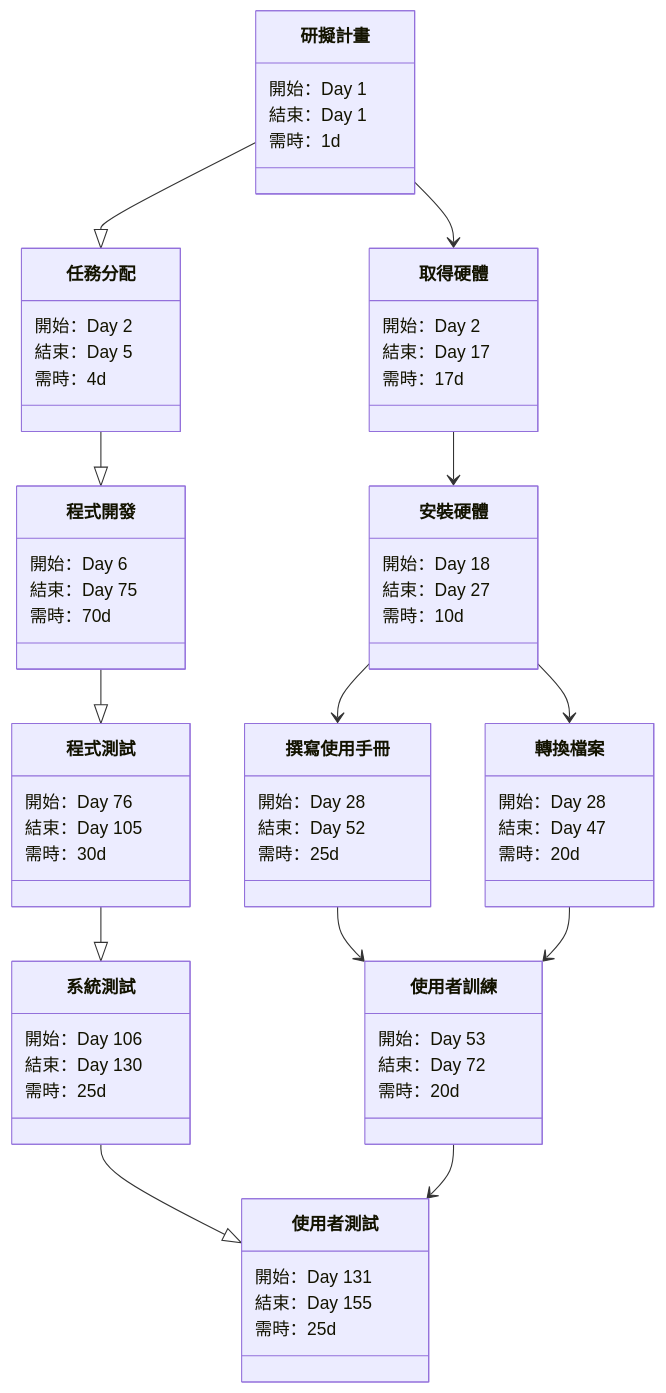
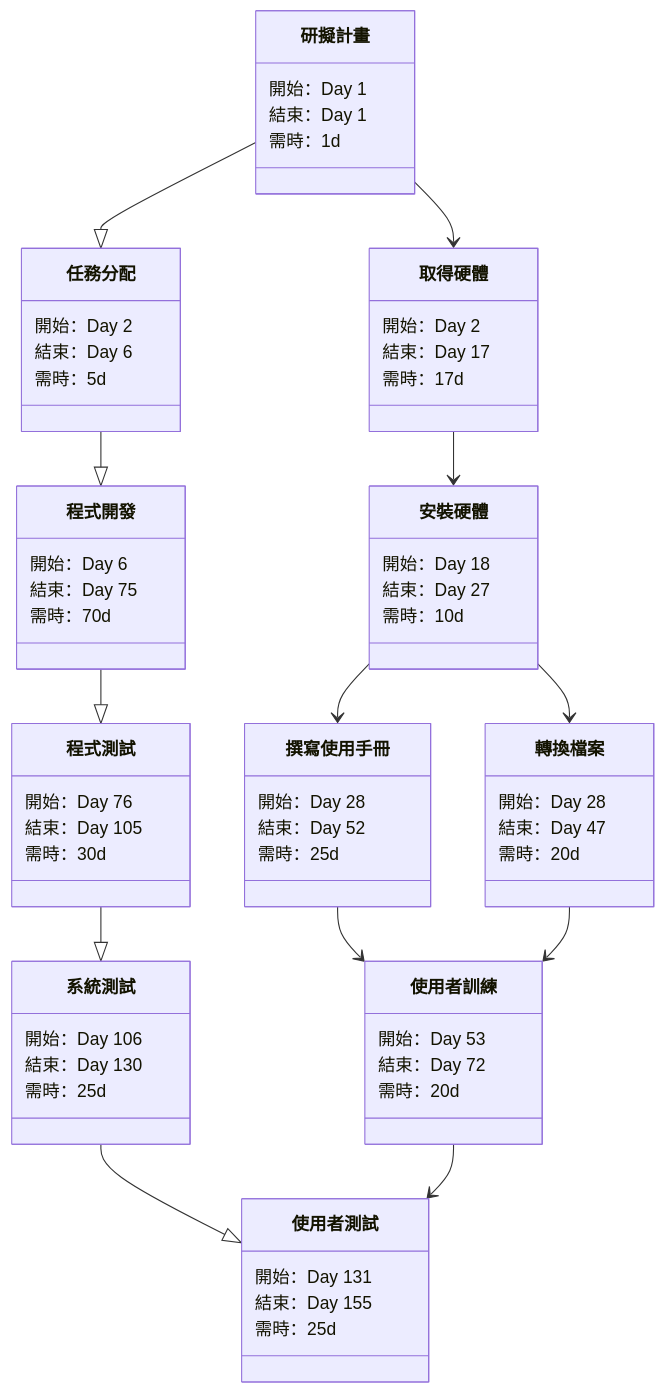
One commit to yu9131/2022-3a-1 changed the first of 3 diagrams in hw2.md. Above: the diagram before and after it, drawn with Mermaid. The commit also changed other lines of this file, not shown here.

````diff
--- a/hw2.md
+++ b/hw2.md
@@ -17,48 +17,48 @@
 ```mermaid
 classDiagram
 研擬計畫 --|> 任務分配
 研擬計畫 --> 取得硬體
 任務分配 --|> 程式開發
 取得硬體 --> 安裝硬體
 程式開發 --|> 程式測試
 安裝硬體 --> 撰寫使用手冊
 安裝硬體 --> 轉換檔案
 程式測試 --|> 系統測試
 撰寫使用手冊 --> 使用者訓練
 轉換檔案 --> 使用者訓練
 系統測試 --|> 使用者測試
 使用者訓練 --> 使用者測試
 研擬計畫 : 開始：Day 1
 研擬計畫 : 結束：Day 1
 研擬計畫 : 需時：1d
 任務分配 : 開始：Day 2 
-任務分配 : 結束：Day 5
-任務分配 : 需時：4d
+任務分配 : 結束：Day 6
+任務分配 : 需時：5d
 取得硬體 : 開始：Day 2
 取得硬體 : 結束：Day 17
 取得硬體 : 需時：17d
 程式開發 : 開始：Day 6
 程式開發 : 結束：Day 75
 程式開發 : 需時：70d
 安裝硬體 : 開始：Day 18
 安裝硬體 : 結束：Day 27
 安裝硬體 : 需時：10d
 程式測試 : 開始：Day 76
 程式測試 : 結束：Day 105
 程式測試 : 需時：30d
 撰寫使用手冊 : 開始：Day 28
 撰寫使用手冊 : 結束：Day 52
 撰寫使用手冊 : 需時：25d
 轉換檔案 : 開始：Day 28
 轉換檔案 : 結束：Day 47
 轉換檔案 : 需時：20d
 系統測試 : 開始：Day 106
 系統測試 : 結束：Day 130
 系統測試 : 需時：25d
 使用者訓練 : 開始：Day 53
 使用者訓練 : 結束：Day 72
 使用者訓練 : 需時：20d
 使用者測試 : 開始：Day 131
 使用者測試 : 結束：Day 155
 使用者測試 : 需時：25d
 ```
````
